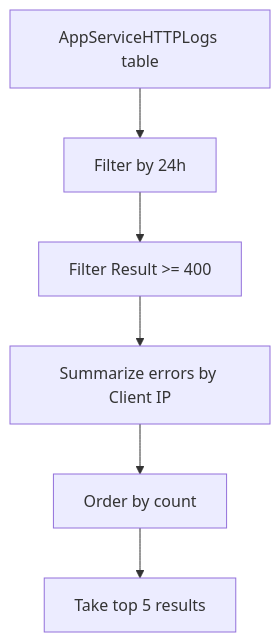
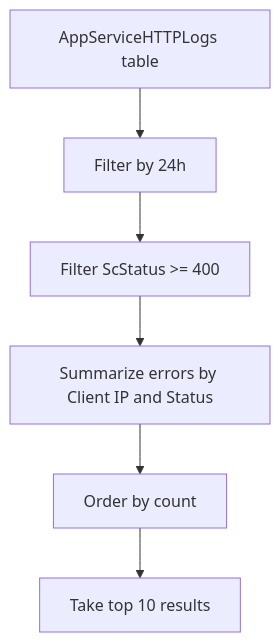
One commit to yeongseon/azure-monitoring-practical-guide changed the diagram in docs/troubleshooting/kql/service-specific/app-service-diagnostics.md. Above: the diagram before and after it, drawn with Mermaid. The commit also changed other lines of this file and 2 other files, not shown here.

````diff
--- a/docs/troubleshooting/kql/service-specific/app-service-diagnostics.md
+++ b/docs/troubleshooting/kql/service-specific/app-service-diagnostics.md
@@ -34,8 +34,8 @@
 ```mermaid
 graph TD
     A[AppServiceHTTPLogs table] --> B[Filter by 24h]
-    B --> C[Filter Result >= 400]
-    C --> D[Summarize errors by Client IP]
+    B --> C[Filter ScStatus >= 400]
+    C --> D[Summarize errors by Client IP and Status]
     D --> E[Order by count]
-    E --> F[Take top 5 results]
+    E --> F[Take top 10 results]
 ```
````
